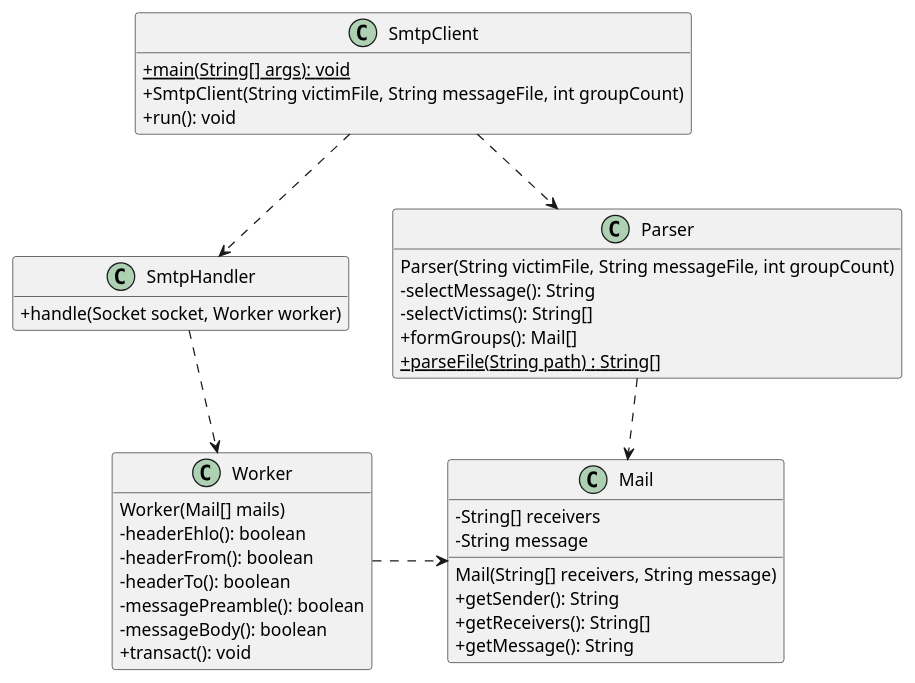
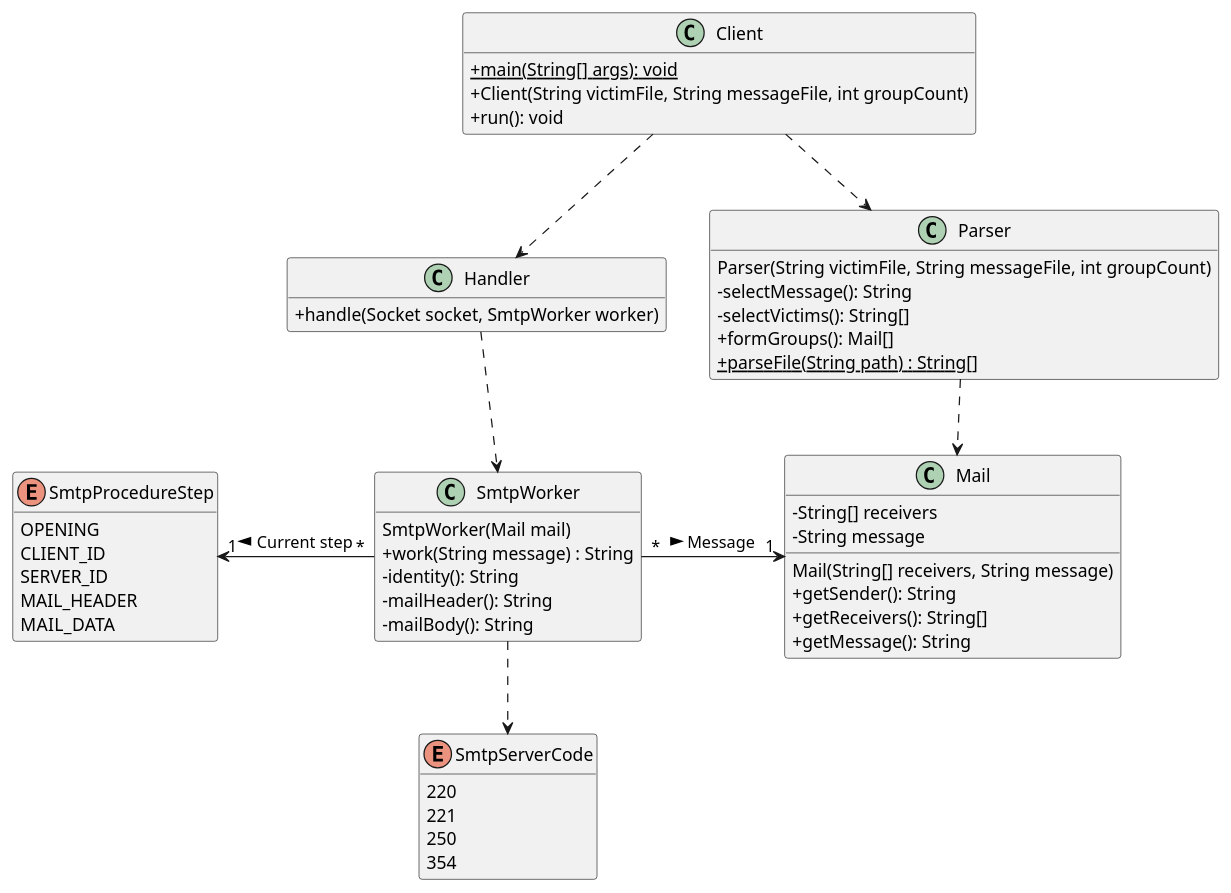
One commit to a-mango/dai-lab-smtp changed the diagram in doc/class_diagram.puml. Above: the diagram before and after it, drawn with PlantUML.

Commit message:
rfr: enumerations in class diagram
Add enumerations that describe steps in an SMTP conversation as well as the error codes.

```diff
--- a/doc/class_diagram.puml
+++ b/doc/class_diagram.puml
@@ -1,53 +1,67 @@
 @startuml
 'https://plantuml.com/class-diagram
 skinparam classAttributeIconSize 0
 skinparam groupInheritance 3
 hide empty methods
 hide empty members
 
-class SmtpClient {
+class Client {
     {static} + main(String[] args): void
-    + SmtpClient(String victimFile, String messageFile, int groupCount)
+    + Client(String victimFile, String messageFile, int groupCount)
     + run(): void
 }
 
-class SmtpHandler {
-    + handle(Socket socket, Worker worker)
+class Handler {
+    + handle(Socket socket, SmtpWorker worker)
 }
 
-class Worker {
-    Worker(Mail[] mails)
-    - headerEhlo(): boolean
-    - headerFrom(): boolean
-    - headerTo(): boolean
-    - messagePreamble(): boolean
-    - messageBody(): boolean
-    + transact(): void
+class SmtpWorker {
+    SmtpWorker(Mail mail)
+    + work(String message) : String
+    - identity(): String
+    - mailHeader(): String
+    - mailBody(): String
+}
+
+enum SmtpProcedureStep {
+    OPENING
+    CLIENT_ID
+    SERVER_ID
+    MAIL_HEADER
+    MAIL_DATA
+}
+
+enum SmtpServerCode {
+    220
+    221
+    250
+    354
 }
 
 class Parser {
     Parser(String victimFile, String messageFile, int groupCount)
     - selectMessage(): String
     - selectVictims(): String[]
     + formGroups(): Mail[]
     {static} + parseFile(String path) : String[]
 }
 
 class Mail {
     - String[] receivers
     - String message
 
     Mail(String[] receivers, String message)
     + getSender(): String
     + getReceivers(): String[]
     + getMessage(): String
 }
 
 
-SmtpClient ..> SmtpHandler
-SmtpClient ..> Parser
-SmtpHandler .down.> Worker
+Client ..> Handler
+Client ..> Parser
+Handler .down.> SmtpWorker
 Parser ..> Mail
-Worker .r.> Mail
-
+SmtpWorker "*" -right-> "1" Mail : "Message >"
+SmtpWorker "*" -left-> "1" SmtpProcedureStep : "Current step >"
+SmtpWorker .down.> SmtpServerCode
 @enduml
```
